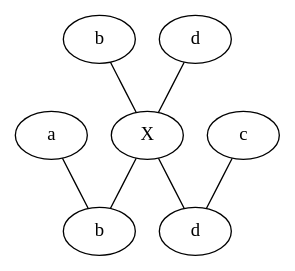
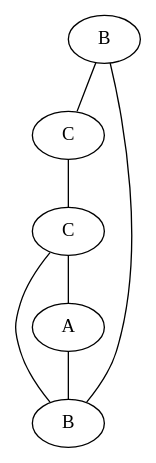
The diagram in Epoch1.gv (peep-hole/TiAG-Project), drawn with Graphviz before and after one commit. The commit also changed 34 other files, not shown here.

```diff
--- a/Epoch1.gv
+++ b/Epoch1.gv
@@ -1,15 +1,13 @@
 strict graph G {
-  1 [ label="a" ];
-  2 [ label="b" ];
-  3 [ label="c" ];
-  4 [ label="d" ];
-  0 [ label="X" ];
-  5 [ label="b" ];
-  6 [ label="d" ];
-  0 -- 5;
-  0 -- 6;
-  1 -- 5;
-  2 -- 0;
-  3 -- 6;
+  1 [ label="B" ];
+  2 [ label="C" ];
+  0 [ label="A" ];
+  3 [ label="B" ];
+  4 [ label="C" ];
+  1 -- 2;
+  0 -- 3;
+  3 -- 4;
   4 -- 0;
+  1 -- 3;
+  2 -- 4;
 }
```
